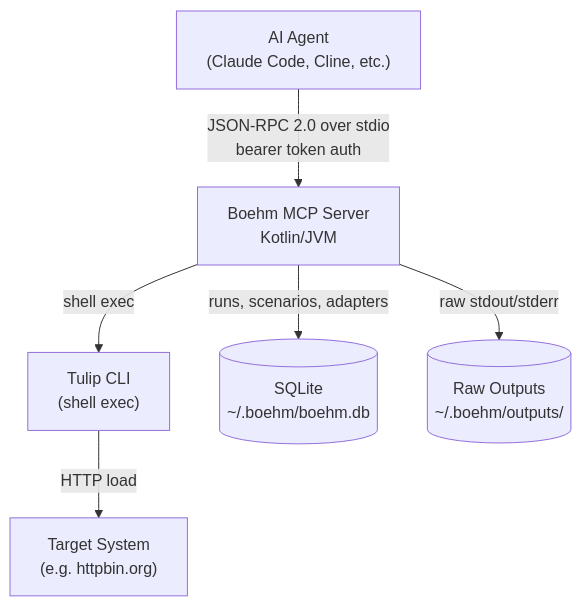
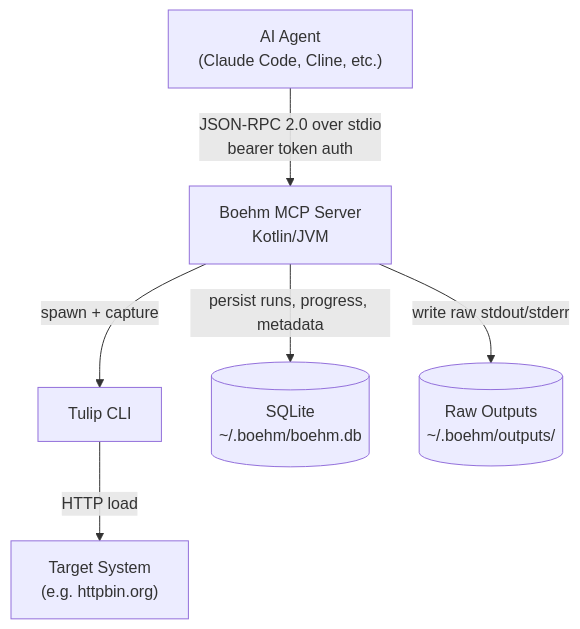
One commit to bmvanwyk/Boehm changed the first of 5 diagrams in docs/architecture.md. Above: the diagram before and after it, drawn with Mermaid. The commit also changed other lines of this file, not shown here.

Commit message:
Revise architecture.md to clarify Phase 1 design principles, emphasize simplicity, and outline key corrections for the MCP server implementation.

````diff
--- a/docs/architecture.md
+++ b/docs/architecture.md
@@ -5,15 +18,15 @@
 ```mermaid
 graph TB
     Agent["AI Agent<br/>(Claude Code, Cline, etc.)"]
     Boehm["Boehm MCP Server<br/>Kotlin/JVM"]
-    Tulip["Tulip CLI<br/>(shell exec)"]
+    Tulip["Tulip CLI"]
     Target["Target System<br/>(e.g. httpbin.org)"]
     SQLite[(SQLite<br/>~/.boehm/boehm.db)]
     OutputDir[(Raw Outputs<br/>~/.boehm/outputs/)]
 
     Agent -- "JSON-RPC 2.0 over stdio<br/>bearer token auth" --> Boehm
-    Boehm -- "shell exec" --> Tulip
+    Boehm -- "spawn + capture" --> Tulip
     Tulip -- "HTTP load" --> Target
-    Boehm -- "runs, scenarios, adapters" --> SQLite
-    Boehm -- "raw stdout/stderr" --> OutputDir
+    Boehm -- "persist runs, progress, metadata" --> SQLite
+    Boehm -- "write raw stdout/stderr" --> OutputDir
 ```
````
